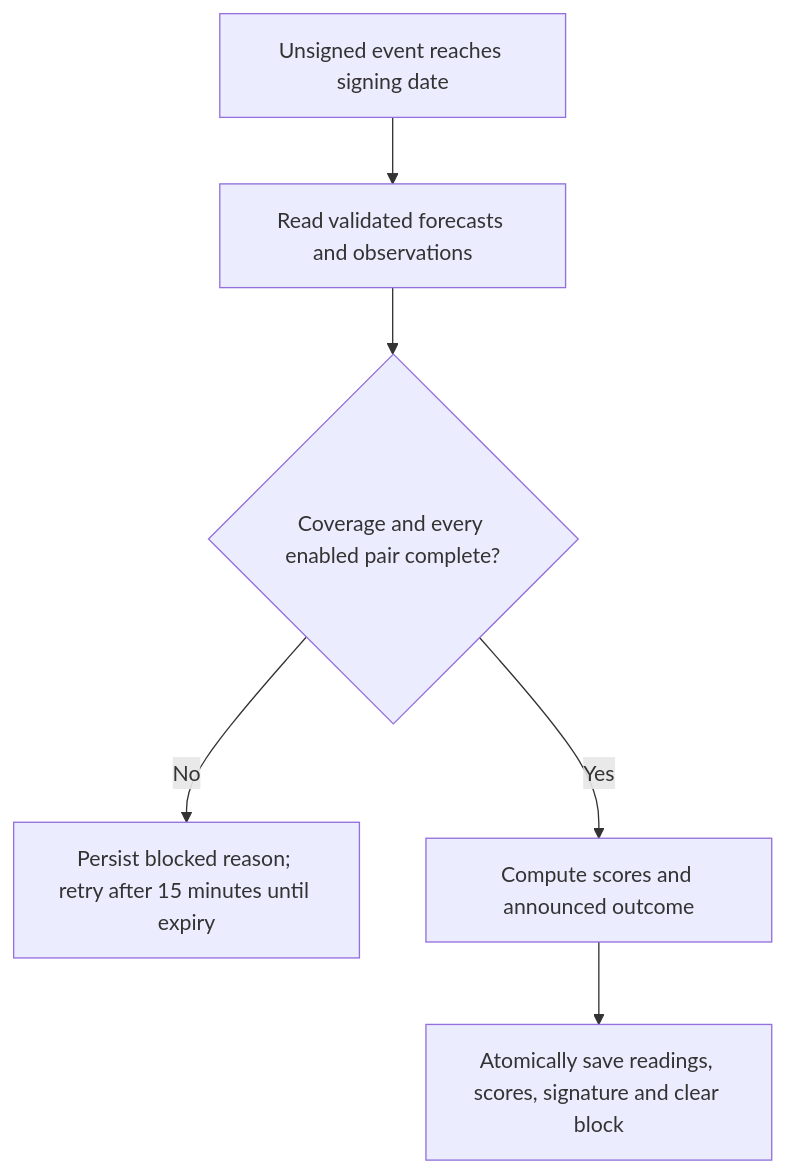
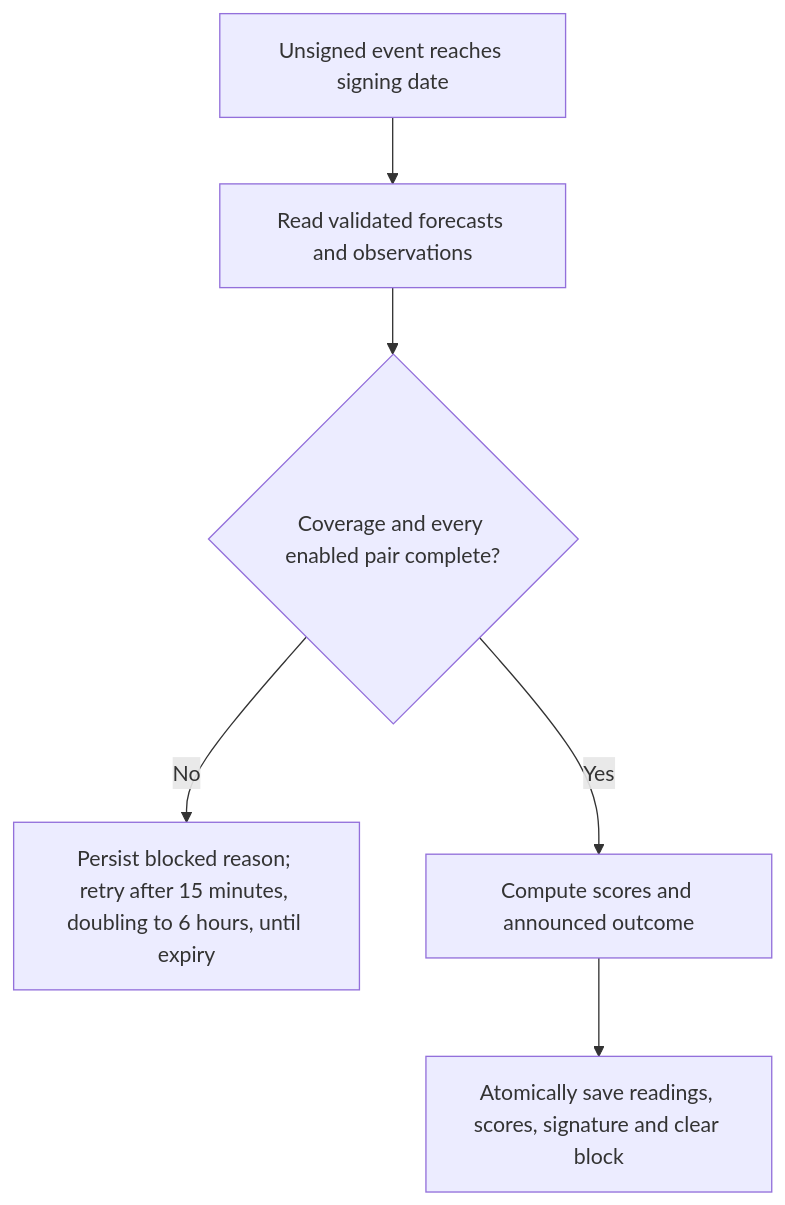
One commit to tee8z/noaa-oracle changed the diagram in docs/settlement-operations.md. Above: the diagram before and after it, drawn with Mermaid. The commit also changed other lines of this file and 7 other files, not shown here.

````diff
--- a/docs/settlement-operations.md
+++ b/docs/settlement-operations.md
@@ -38,8 +38,8 @@
 ```mermaid
 flowchart TD
   A[Unsigned event reaches signing date] --> B[Read validated forecasts and observations]
   B --> C{Coverage and every enabled pair complete?}
-  C -- No --> D[Persist blocked reason; retry after 15 minutes until expiry]
+  C -- No --> D[Persist blocked reason; retry after 15 minutes, doubling to 6 hours, until expiry]
   C -- Yes --> E[Compute scores and announced outcome]
   E --> F[Atomically save readings, scores, signature and clear block]
 ```
````
